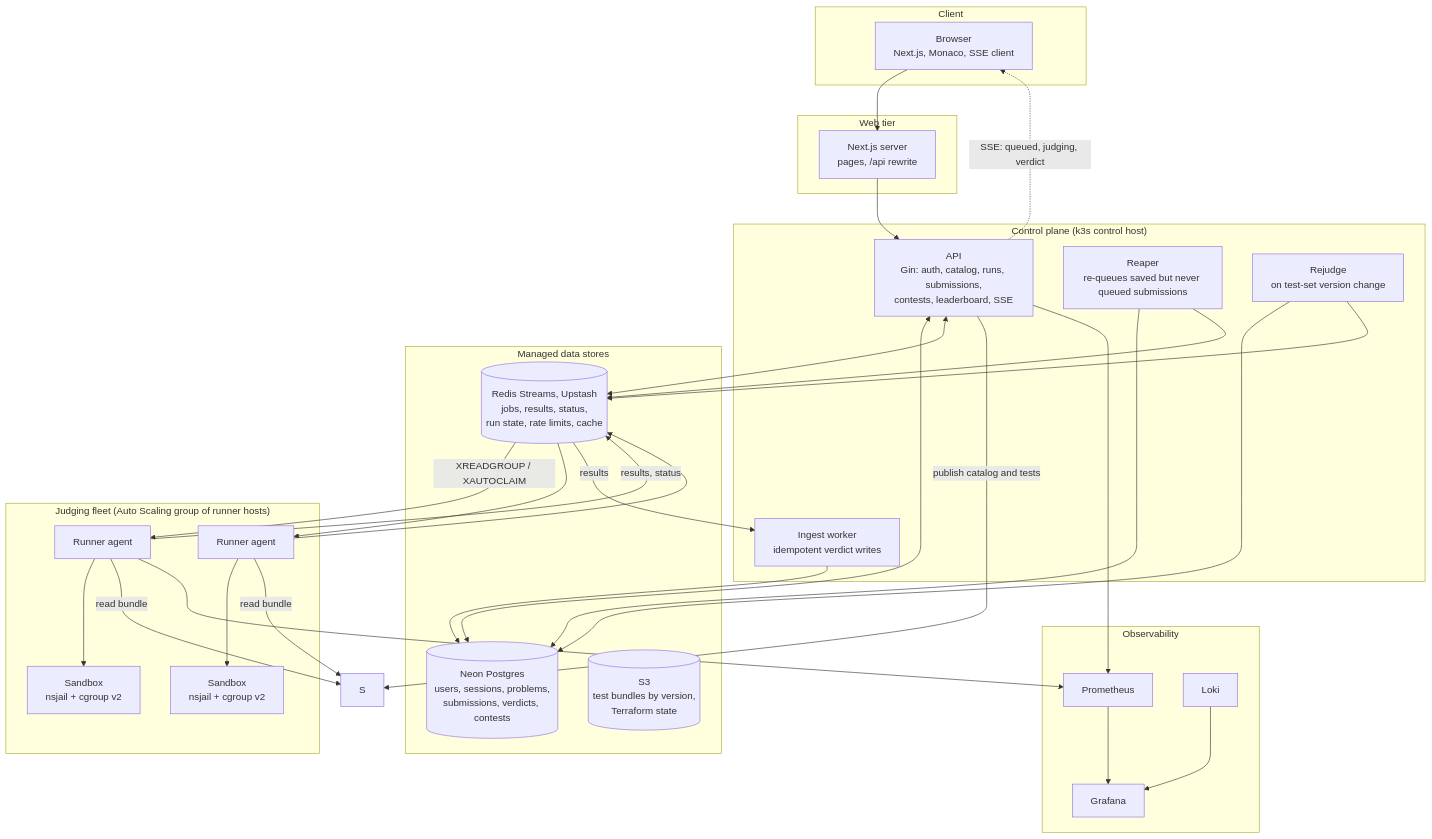
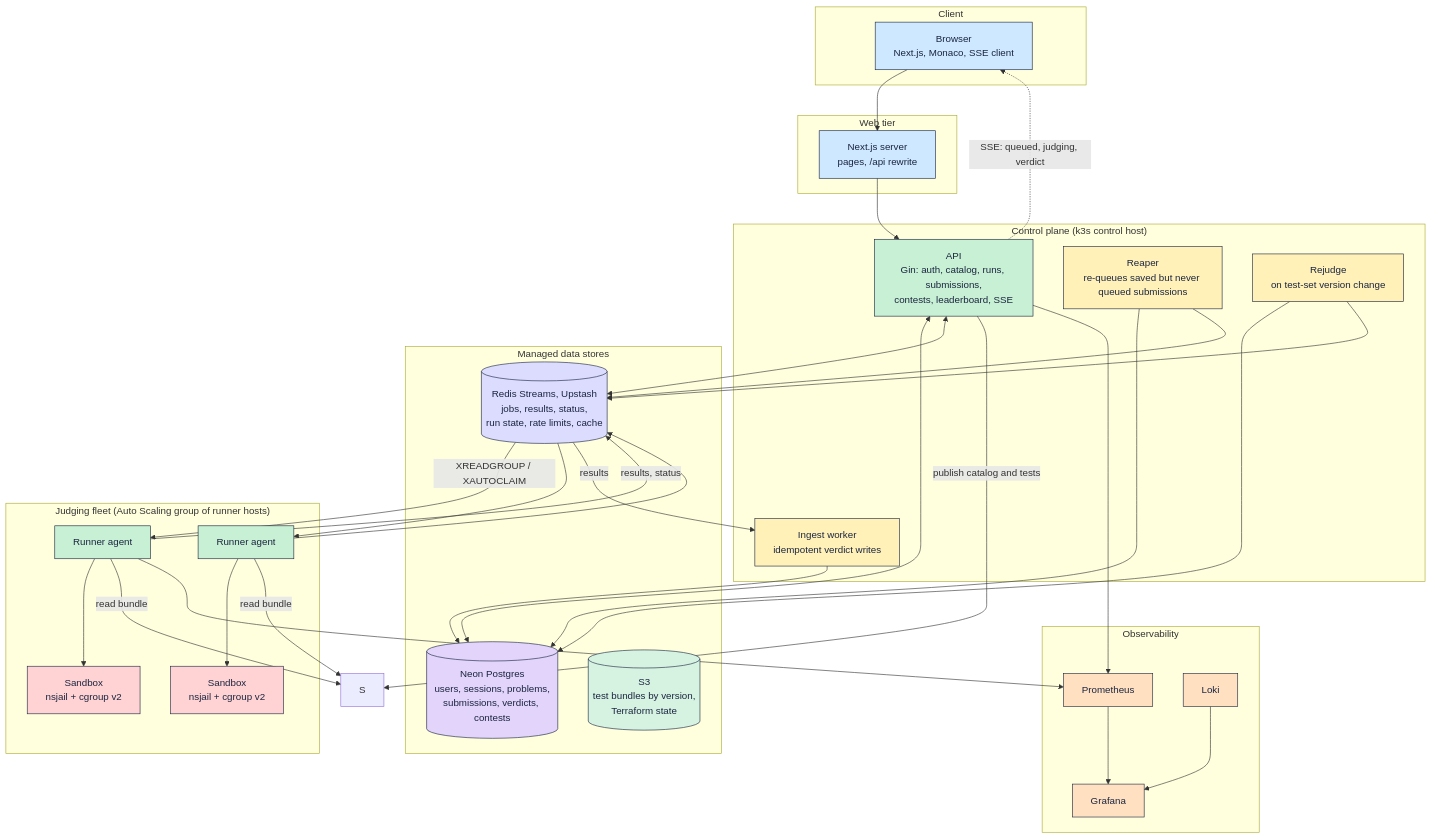
Before and after one commit to KarthikSP1911/Leetforce: the second of 3 diagrams in README.md, drawn with Mermaid. The commit also changed other lines of this file and 1 other file, not shown here.

First line of the commit message:
docs(docs): add logos, a coloured architecture picture and a docs index

````diff
--- a/README.md
+++ b/README.md
@@ -75,59 +150,77 @@
 ```mermaid
 flowchart TB
   subgraph Client
     B[Browser<br/>Next.js, Monaco, SSE client]
   end
 
   subgraph Edge["Web tier"]
     W[Next.js server<br/>pages, /api rewrite]
   end
 
   subgraph Control["Control plane (k3s control host)"]
     A[API<br/>Gin: auth, catalog, runs, submissions,<br/>contests, leaderboard, SSE]
     I[Ingest worker<br/>idempotent verdict writes]
     RP[Reaper<br/>re-queues saved but never queued submissions]
     RJ[Rejudge<br/>on test-set version change]
   end
 
   subgraph Data["Managed data stores"]
     PG[(Neon Postgres<br/>users, sessions, problems,<br/>submissions, verdicts, contests)]
     RD[(Redis Streams, Upstash<br/>jobs, results, status,<br/>run state, rate limits, cache)]
     S3[(S3<br/>test bundles by version,<br/>Terraform state)]
   end
 
   subgraph Fleet["Judging fleet (Auto Scaling group of runner hosts)"]
     R1[Runner agent]
     R2[Runner agent]
     SB1[Sandbox<br/>nsjail + cgroup v2]
     SB2[Sandbox<br/>nsjail + cgroup v2]
   end
 
   subgraph Obs["Observability"]
     PR[Prometheus]
     GR[Grafana]
     LK[Loki]
   end
 
   B --> W --> A
   A <--> PG
   A <--> RD
   A -->|publish catalog and tests| S
   RD -->|XREADGROUP / XAUTOCLAIM| R1
   RD --> R2
   R1 --> SB1
   R2 --> SB2
   R1 -->|read bundle| S
   R2 -->|read bundle| S
   R1 -->|results, status| RD
   R2 --> RD
   RD -->|results| I --> PG
   RP --> PG
   RP --> RD
   RJ --> PG
   RJ --> RD
   A -. SSE: queued, judging, verdict .-> B
   A --> PR
   R1 --> PR
   PR --> GR
   LK --> GR
+  classDef web fill:#cde8ff,stroke:#1b2540,color:#1b2540
+  classDef api fill:#c8f0d4,stroke:#1b2540,color:#1b2540
+  classDef db fill:#e2d4fb,stroke:#1b2540,color:#1b2540
+  classDef queue fill:#dcdcff,stroke:#1b2540,color:#1b2540
+  classDef run fill:#c8f0d4,stroke:#1b2540,color:#1b2540
+  classDef sandbox fill:#ffd3d3,stroke:#1b2540,color:#1b2540
+  classDef store fill:#d6f3e2,stroke:#1b2540,color:#1b2540
+  classDef work fill:#fff1b8,stroke:#1b2540,color:#1b2540
+  classDef obs fill:#ffe1c2,stroke:#1b2540,color:#1b2540
+  class B,W web
+  class A api
+  class I,RP,RJ work
+  class PG db
+  class RD queue
+  class S3 store
+  class R1,R2 run
+  class SB1,SB2 sandbox
+  class PR,GR,LK obs
 ```
````
